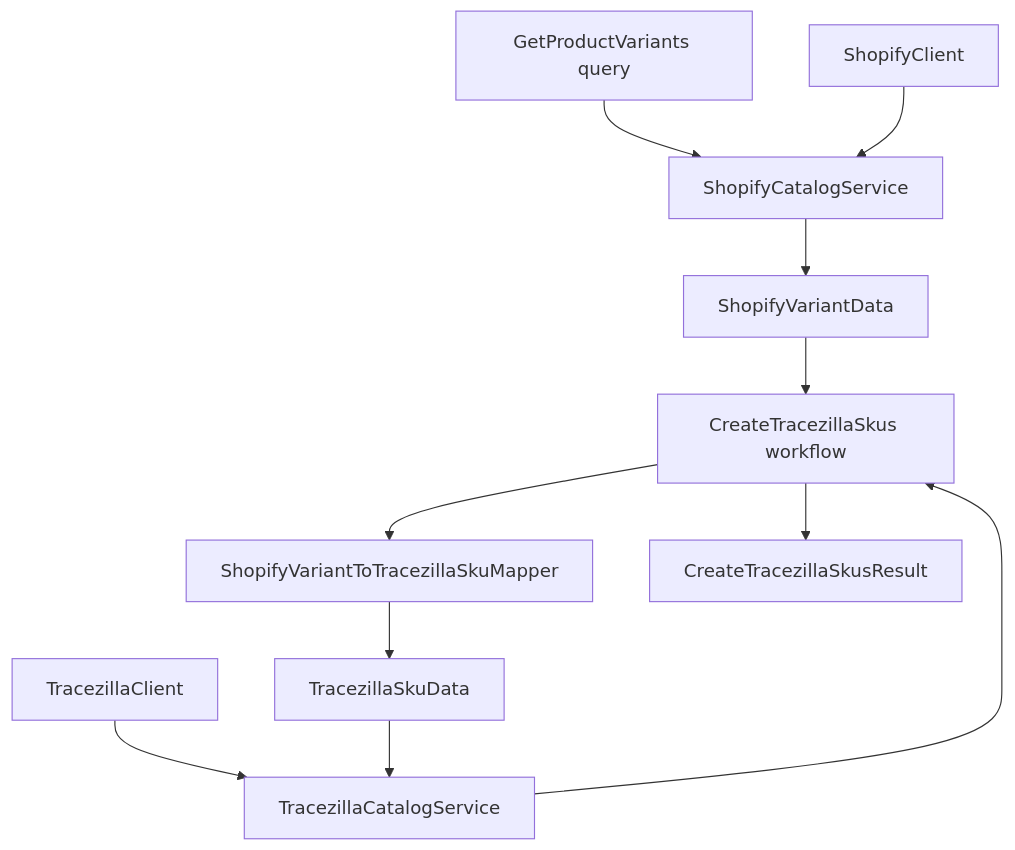
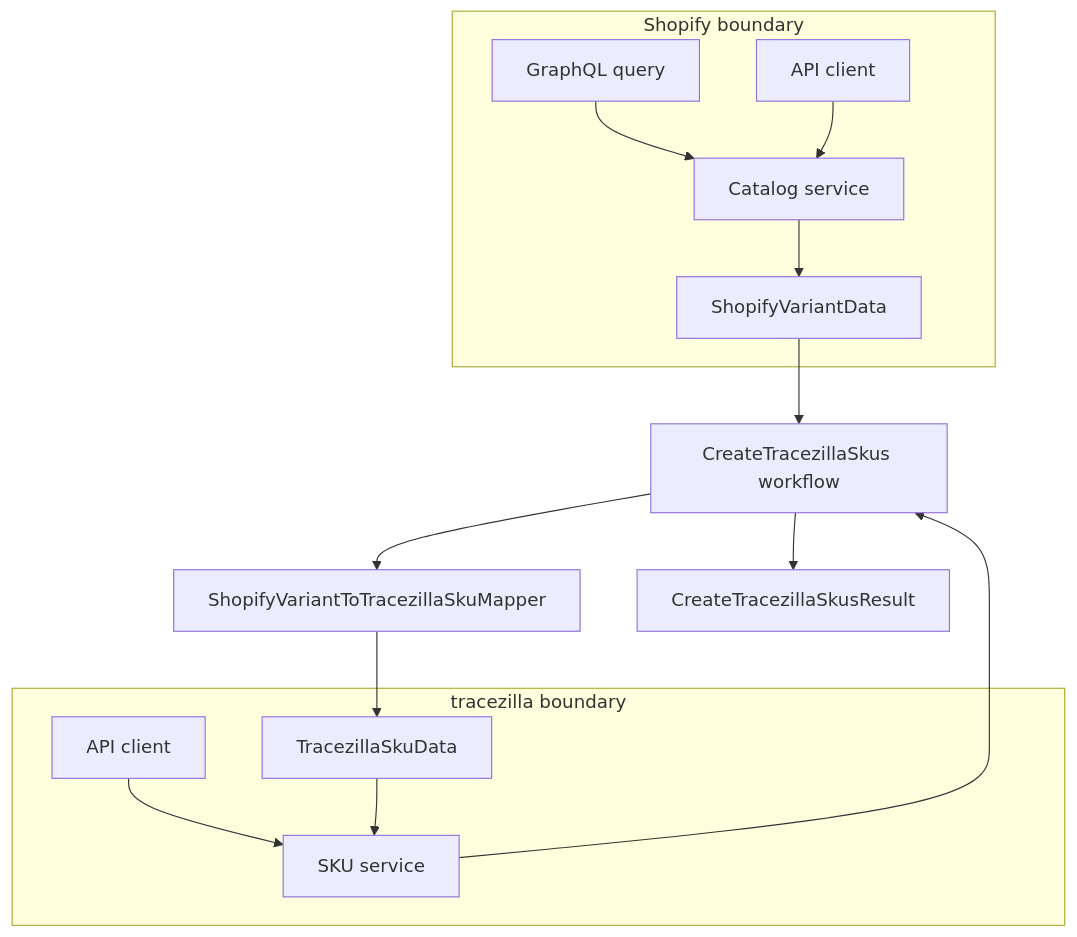
One commit to Happy-Bananas/tracezilla-integrations-docs changed the diagram in shopify/php/create-tracezilla-skus.md. Above: the diagram before and after it, drawn with Mermaid. The commit also changed other lines of this file and 11 other files, not shown here.

```diff
--- a/shopify/php/create-tracezilla-skus.md
+++ b/shopify/php/create-tracezilla-skus.md
@@ -92,13 +90,17 @@
 <pre class="mermaid">
 flowchart TB
-    Query[GetProductVariants query] --> ShopifyService[ShopifyCatalogService]
-    ShopifyClient[ShopifyClient] --> ShopifyService
-    ShopifyService --> Variant[ShopifyVariantData]
-    TracezillaClient[TracezillaClient] --> TracezillaService[TracezillaCatalogService]
+    subgraph Shopify[Shopify boundary]
+        Query[GraphQL query] --> ShopifyService[Catalog service]
+        ShopifyClient[API client] --> ShopifyService
+        ShopifyService --> Variant[ShopifyVariantData]
+    end
+    subgraph Tracezilla[tracezilla boundary]
+        TracezillaClient[API client] --> TracezillaService[SKU service]
+        Payload[TracezillaSkuData] --> TracezillaService
+    end
     Variant --> Workflow[CreateTracezillaSkus workflow]
     TracezillaService --> Workflow
     Workflow --> Mapper[ShopifyVariantToTracezillaSkuMapper]
     Mapper --> Payload[TracezillaSkuData]
-    Payload --> TracezillaService
     Workflow --> Result[CreateTracezillaSkusResult]
 </pre>
```
